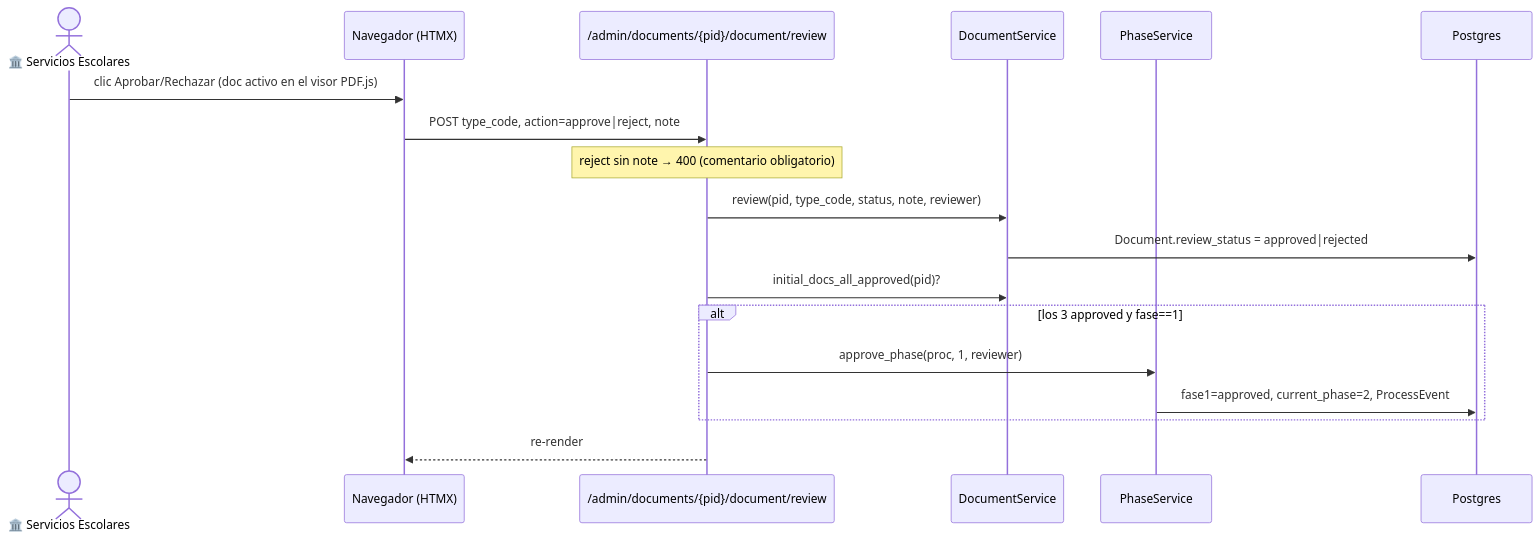
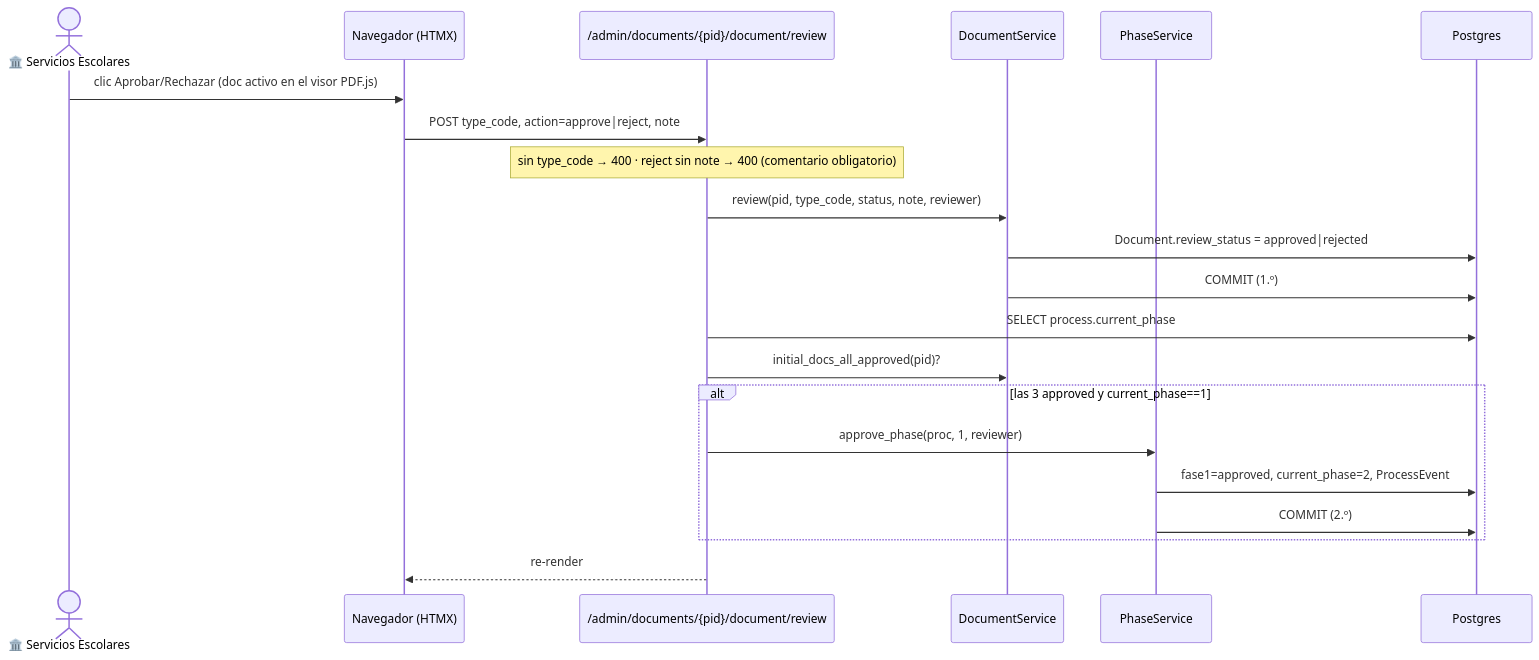
One commit to Erne1357/itcj changed the diagram in itcj2/apps/titulatec/docs/flows/phase1_school_services_review_docs.md. Above: the diagram before and after it, drawn with Mermaid. The commit also changed other lines of this file and 14 other files, not shown here.

````diff
--- a/itcj2/apps/titulatec/docs/flows/phase1_school_services_review_docs.md
+++ b/itcj2/apps/titulatec/docs/flows/phase1_school_services_review_docs.md
@@ -25,20 +30,23 @@
 ```mermaid
 sequenceDiagram
     actor SE as 🏛️ Servicios Escolares
     participant FE as Navegador (HTMX)
     participant API as /admin/documents/{pid}/document/review
     participant DS as DocumentService
     participant PS as PhaseService
     participant DB as Postgres
     SE->>FE: clic Aprobar/Rechazar (doc activo en el visor PDF.js)
     FE->>API: POST type_code, action=approve|reject, note
-    Note over API: reject sin note → 400 (comentario obligatorio)
+    Note over API: sin type_code → 400 · reject sin note → 400 (comentario obligatorio)
     API->>DS: review(pid, type_code, status, note, reviewer)
     DS->>DB: Document.review_status = approved|rejected
+    DS->>DB: COMMIT (1.º)
+    API->>DB: SELECT process.current_phase
     API->>DS: initial_docs_all_approved(pid)?
-    alt los 3 approved y fase==1
+    alt las 3 approved y current_phase==1
         API->>PS: approve_phase(proc, 1, reviewer)
         PS->>DB: fase1=approved, current_phase=2, ProcessEvent
+        PS->>DB: COMMIT (2.º)
     end
     API-->>FE: re-render #docs-body
 ```
````
